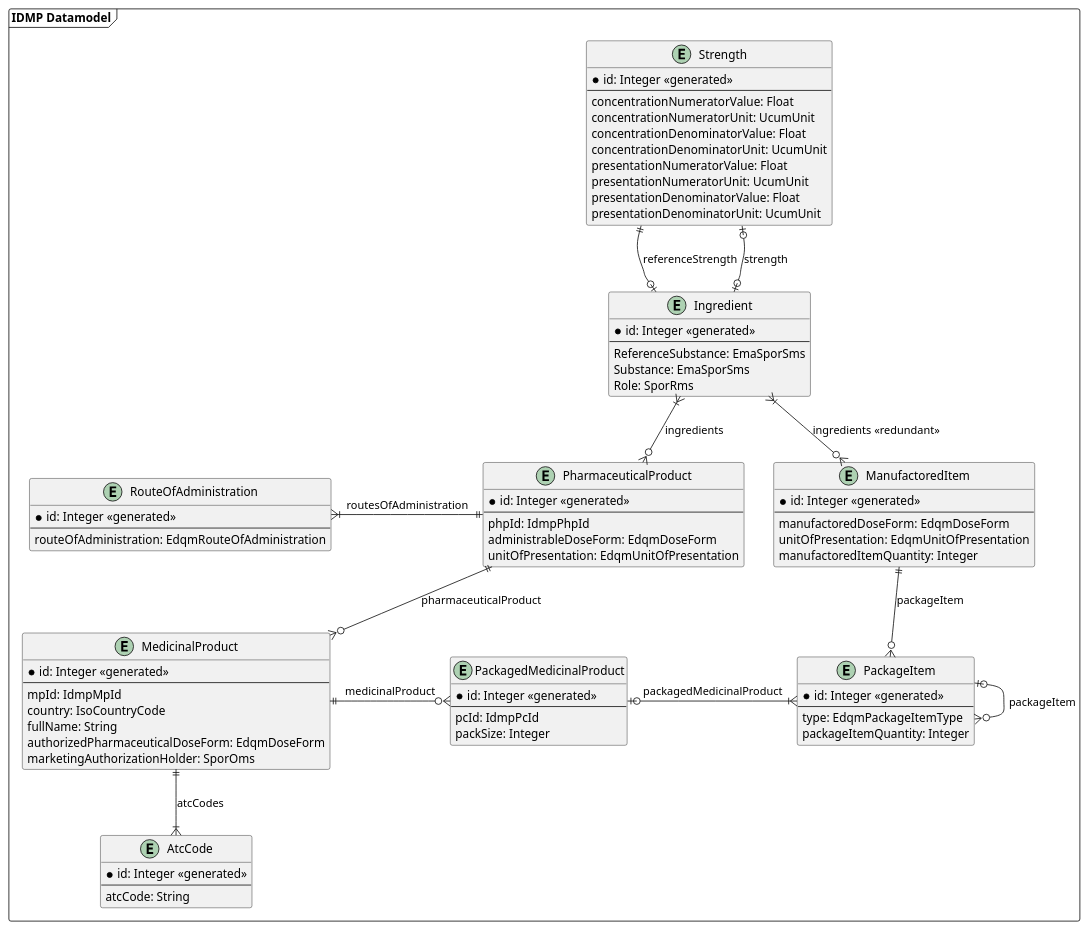
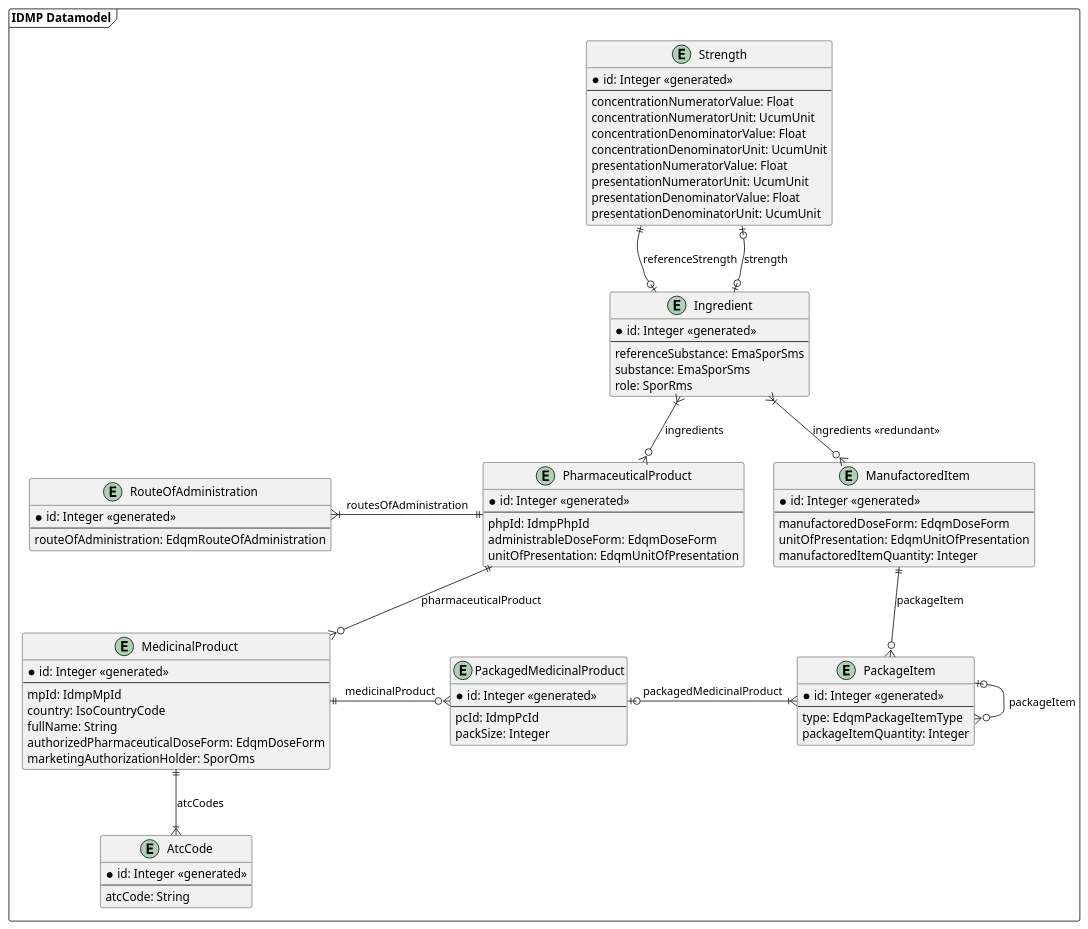
Before and after one commit to unicom-project-eu/wp6-db-api: the diagram in uml/class/datamodelRedesigned.puml, drawn with PlantUML.

Commit message:
Use camel case

```diff
--- a/uml/class/datamodelRedesigned.puml
+++ b/uml/class/datamodelRedesigned.puml
@@ -1,96 +1,96 @@
 @startuml
 'https://plantuml.com/class-diagram
 
 package "IDMP Datamodel" as idmpDatamodel <<frame>> {
     entity Strength {
         * id: Integer <<generated>>
         --
         concentrationNumeratorValue: Float
         concentrationNumeratorUnit: UcumUnit
         concentrationDenominatorValue: Float
         concentrationDenominatorUnit: UcumUnit
         presentationNumeratorValue: Float
         presentationNumeratorUnit: UcumUnit
         presentationDenominatorValue: Float
         presentationDenominatorUnit: UcumUnit
     }
 
     entity Ingredient {
         * id: Integer <<generated>>
         --
-        ReferenceSubstance: EmaSporSms
-        Substance: EmaSporSms
-        Role: SporRms
+        referenceSubstance: EmaSporSms
+        substance: EmaSporSms
+        role: SporRms
     }
 
     together {
         entity RouteOfAdministration {
             * id: Integer <<generated>>
             --
             routeOfAdministration: EdqmRouteOfAdministration
         }
 
         entity PharmaceuticalProduct {
             * id: Integer <<generated>>
             --
             phpId: IdmpPhpId
             administrableDoseForm: EdqmDoseForm
             unitOfPresentation: EdqmUnitOfPresentation
         }
     }
 
     entity MedicinalProduct {
         * id: Integer <<generated>>
         --
         mpId: IdmpMpId
         country: IsoCountryCode
         fullName: String
         authorizedPharmaceuticalDoseForm: EdqmDoseForm
         marketingAuthorizationHolder: SporOms
     }
 
     entity AtcCode {
         * id: Integer <<generated>>
         --
         atcCode: String
     }
 
     entity PackagedMedicinalProduct {
         * id: Integer <<generated>>
         --
         pcId: IdmpPcId
         packSize: Integer
     }
 
     entity PackageItem {
         * id: Integer <<generated>>
         --
         type: EdqmPackageItemType
         packageItemQuantity: Integer
     }
 
     entity ManufactoredItem {
         * id: Integer <<generated>>
         --
         manufactoredDoseForm: EdqmDoseForm
         unitOfPresentation: EdqmUnitOfPresentation
         manufactoredItemQuantity: Integer
     }
 
     MedicinalProduct ||--|{ AtcCode : "atcCodes"
 
     Strength ||--o| Ingredient : "referenceStrength"
     Strength |o--o| Ingredient : "strength"
 
     Ingredient }|-o{ ManufactoredItem : "ingredients <<redundant>>"
     Ingredient }|--o{ PharmaceuticalProduct : "ingredients"
 
     RouteOfAdministration }|-r-|| PharmaceuticalProduct : "routesOfAdministration"
     PharmaceuticalProduct ||--o{ MedicinalProduct : "pharmaceuticalProduct"
     MedicinalProduct ||-o{ PackagedMedicinalProduct : "medicinalProduct"
     PackagedMedicinalProduct |o-|{ PackageItem : "packagedMedicinalProduct"
     PackageItem |o-o{ PackageItem : "packageItem"
     ManufactoredItem ||--o{ PackageItem : "packageItem"
 }
 
 @enduml
```
